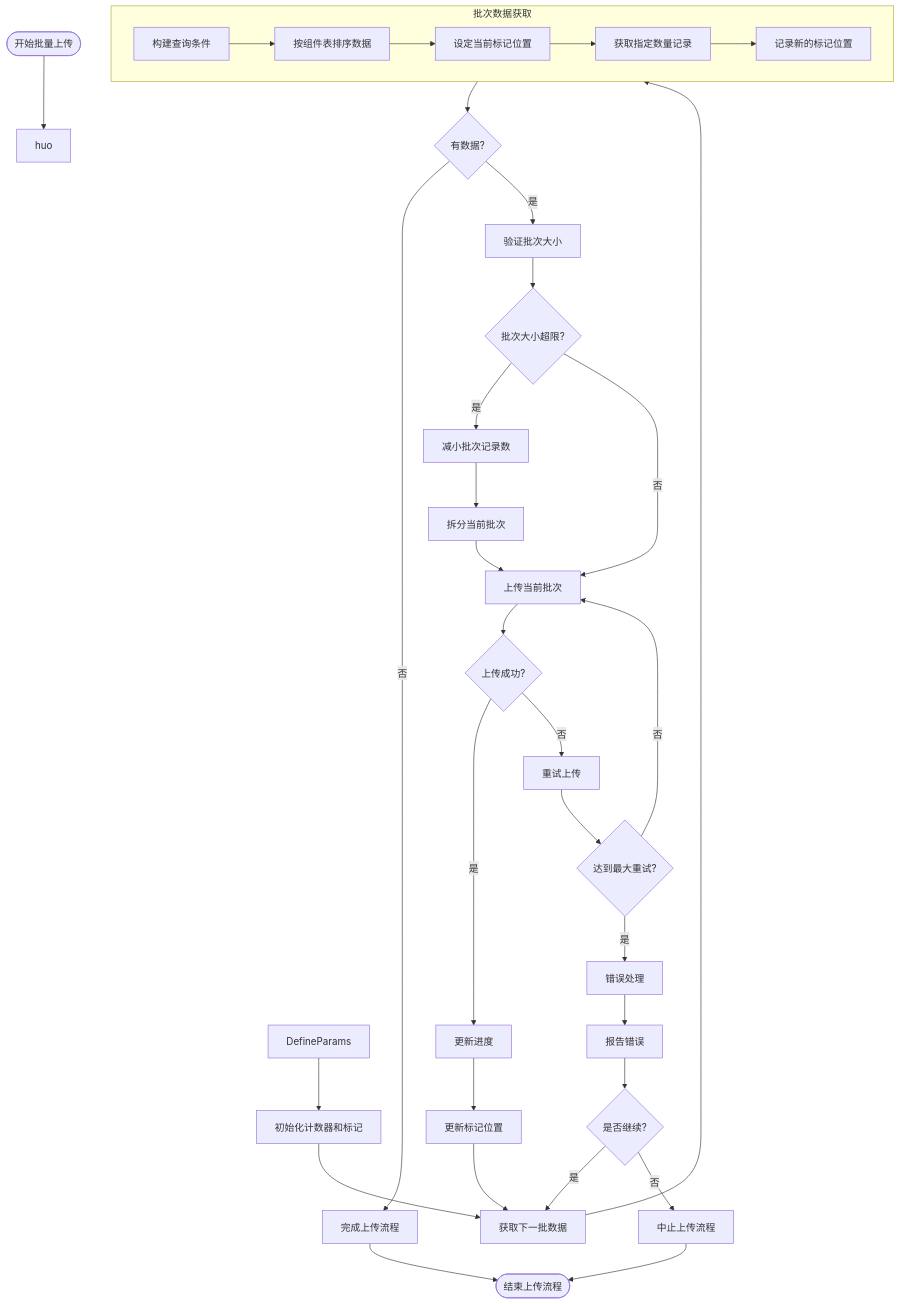
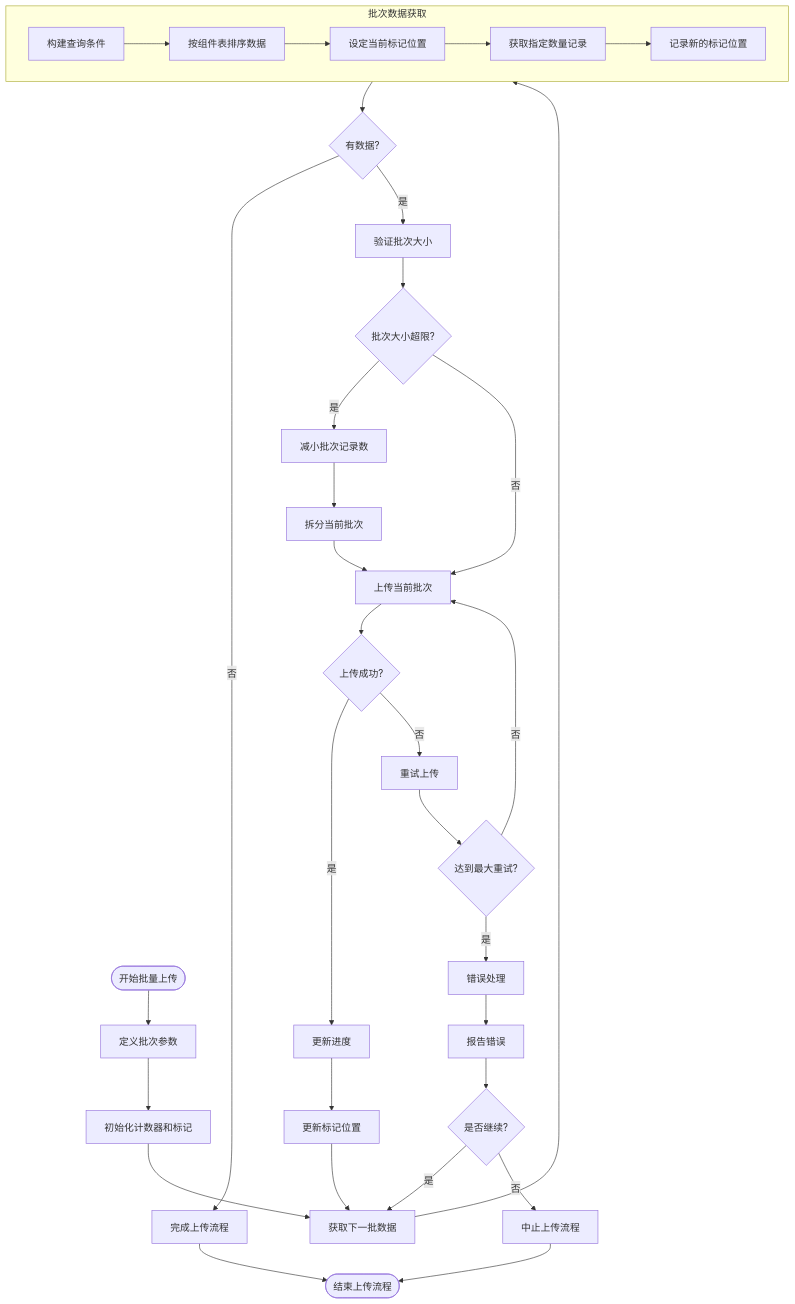
One commit to yingjianzh/iodraw-files changed the diagram in all/未命名-51.md. Above: the diagram before and after it, drawn with Mermaid.

Commit message:
2025-05-08 17:21:41 update

````diff
--- a/all/未命名-51.md
+++ b/all/未命名-51.md
@@ -1,46 +1,46 @@
 ```mermaid
 flowchart TD
-    Start([开始批量上传]) --> huo
+    Start([开始批量上传]) --> DefineParams[定义批次参数]
     DefineParams --> InitCounters[初始化计数器和标记]
     
     InitCounters --> FetchNextBatch[获取下一批数据]
     
     subgraph BatchFetch [批次数据获取]
         A[构建查询条件] --> B[按组件表排序数据]
         B --> C[设定当前标记位置]
         C --> D[获取指定数量记录]
         D --> E[记录新的标记位置]
     end
     
     FetchNextBatch --> BatchFetch
     
     BatchFetch --> CheckResults{有数据?}
     CheckResults -->|否| CompleteUpload[完成上传流程]
     CheckResults -->|是| ValidateBatch[验证批次大小]
     
     ValidateBatch --> SizeTooLarge{批次大小超限?}
     SizeTooLarge -->|是| AdjustBatchSize[减小批次记录数]
     SizeTooLarge -->|否| UploadBatch[上传当前批次]
     
     AdjustBatchSize --> SplitBatch[拆分当前批次]
     SplitBatch --> UploadBatch
     
     UploadBatch --> UploadSuccess{上传成功?}
     UploadSuccess -->|是| UpdateProgress[更新进度]
     UploadSuccess -->|否| RetryUpload[重试上传]
     
     RetryUpload --> MaxRetries{达到最大重试?}
     MaxRetries -->|否| UploadBatch
     MaxRetries -->|是| ErrorHandling[错误处理]
     
     ErrorHandling --> ReportError[报告错误]
     ReportError --> ContinueOption{是否继续?}
     ContinueOption -->|是| FetchNextBatch
     ContinueOption -->|否| AbortProcess[中止上传流程]
     
     UpdateProgress --> UpdateMarker[更新标记位置]
     UpdateMarker --> FetchNextBatch
     
     CompleteUpload --> End([结束上传流程])
     AbortProcess --> End
 ```
````
